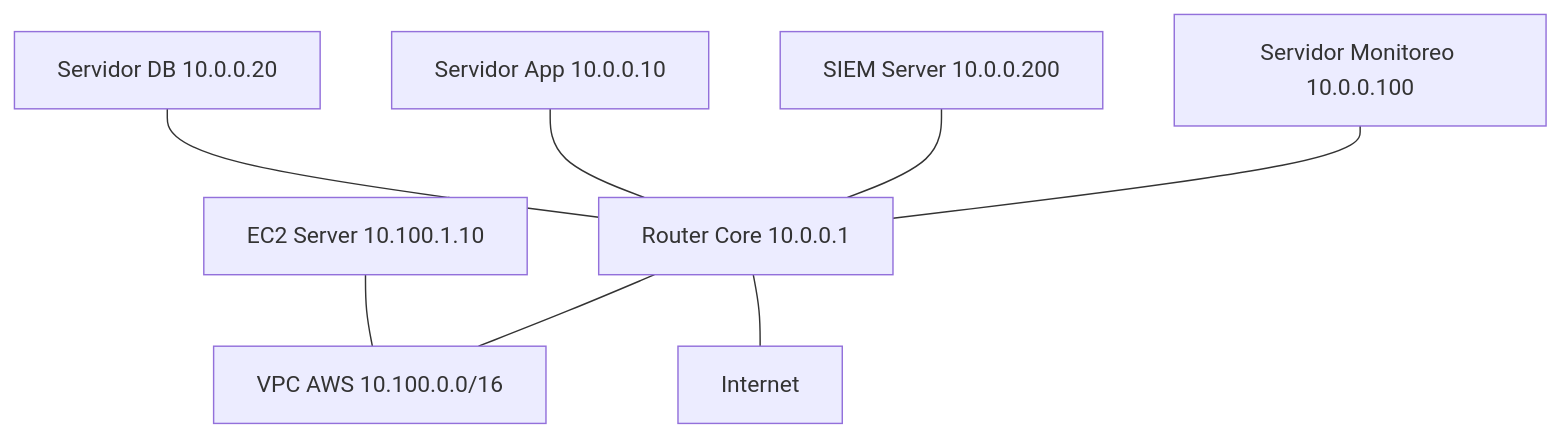
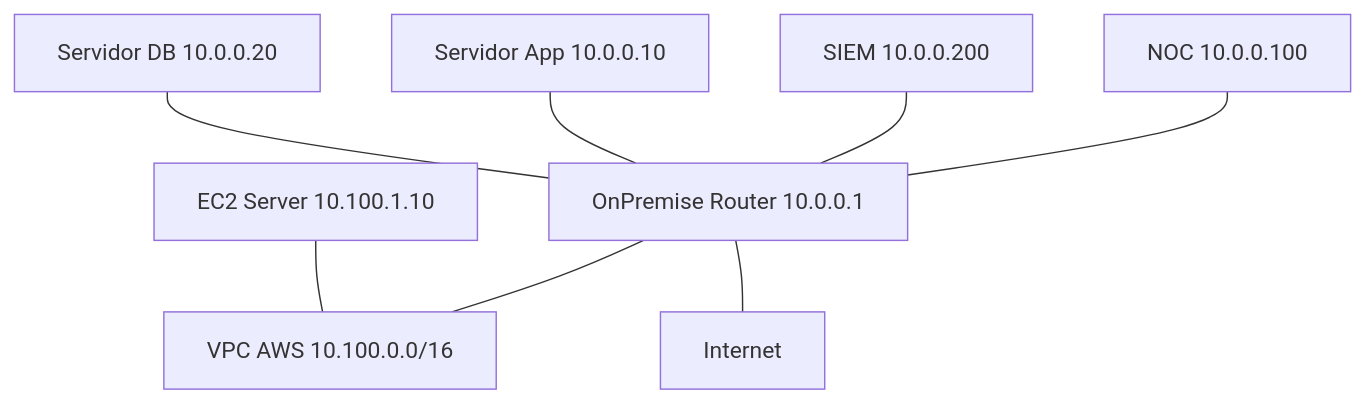
One commit to asideloko/Networking-Lab changed the diagram in docs/labs/lab-13/index.md. Above: the diagram before and after it, drawn with Mermaid. The commit also changed other lines of this file and 13 other files, not shown here.

````diff
--- a/docs/labs/lab-13/index.md
+++ b/docs/labs/lab-13/index.md
@@ -11,17 +15,17 @@
 ```mermaid
 graph TB
-    MON[Servidor Monitoreo 10.0.0.100]
-    SIEM[SIEM Server 10.0.0.200]
-    R1[Router Core 10.0.0.1]
+    MON[NOC 10.0.0.100]
+    SIEM[SIEM 10.0.0.200]
+    R1[OnPremise Router 10.0.0.1]
     APP[Servidor App 10.0.0.10]
     DB[Servidor DB 10.0.0.20]
     VPC[VPC AWS 10.100.0.0/16]
     EC2[EC2 Server 10.100.1.10]
     MON --- R1
     SIEM --- R1
     APP --- R1
     DB --- R1
     R1 --- VPC
     EC2 --- VPC
     R1 --- Internet
 ```
````
